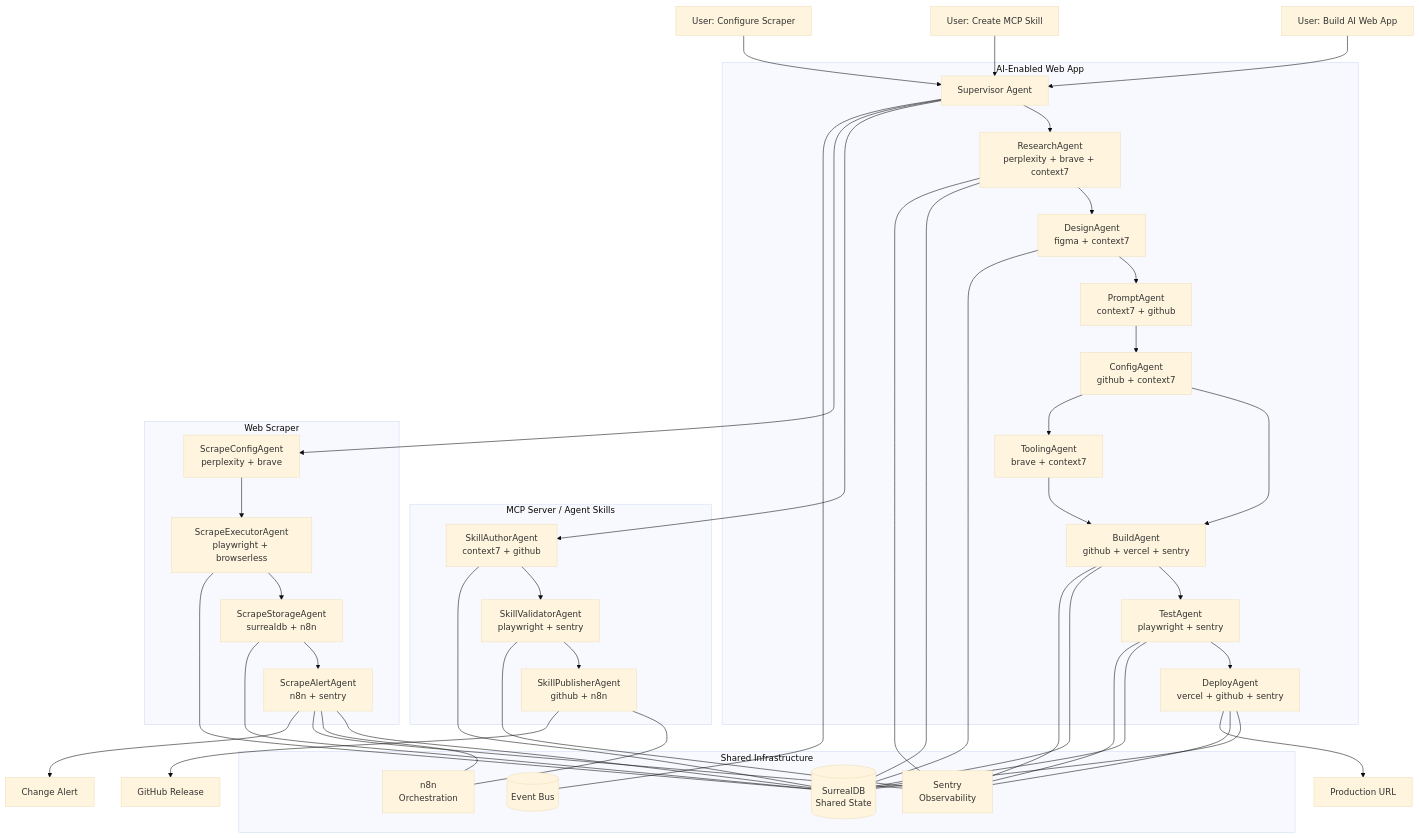
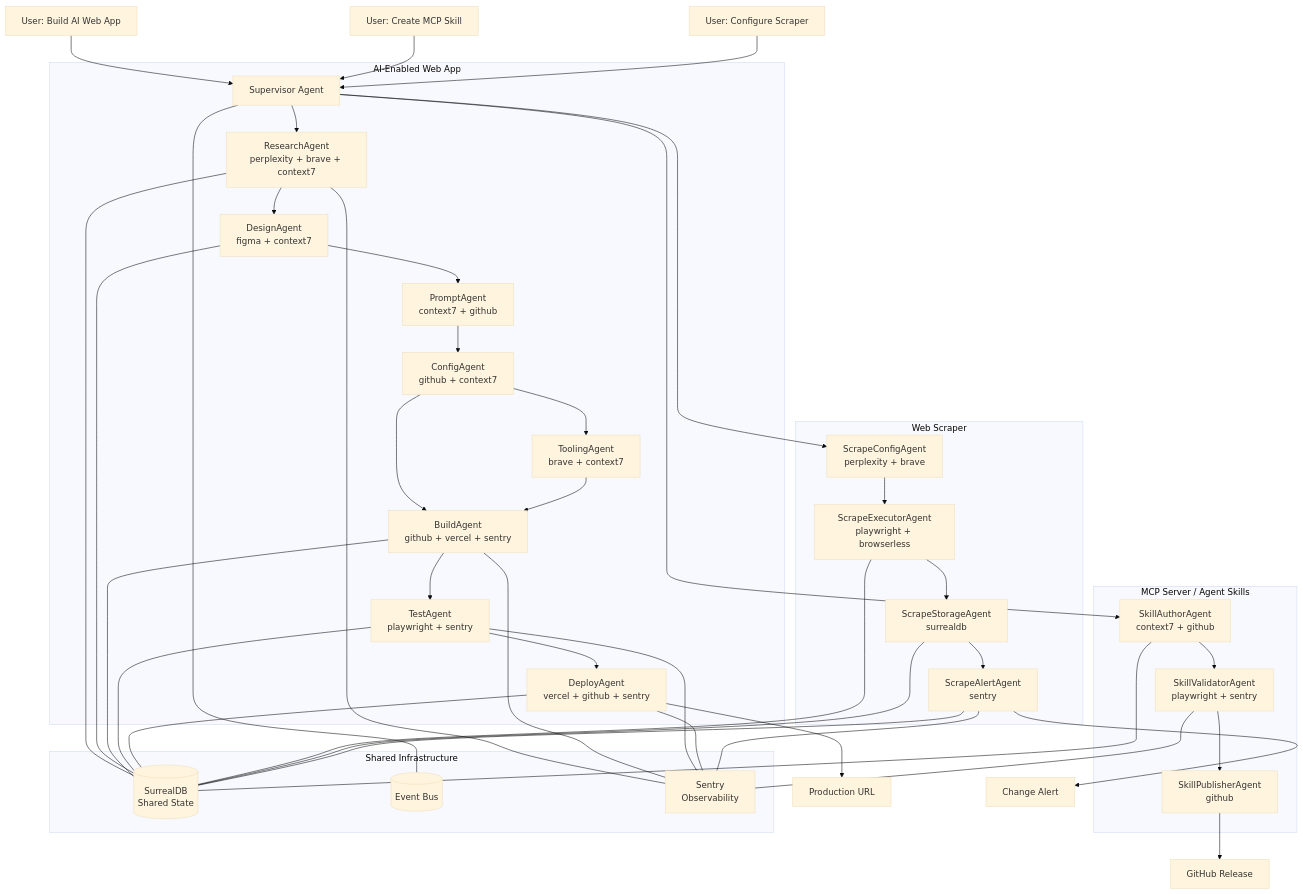
The diagram in docs/architecture/workflow-dag.mermaid (simonmak-ascent/opencode-workbench), drawn with Mermaid (base theme) before and after one commit. The commit also changed 69 other files, not shown here.

```diff
--- a/docs/architecture/workflow-dag.mermaid
+++ b/docs/architecture/workflow-dag.mermaid
@@ -41,7 +41,7 @@
     subgraph "MCP Server / Agent Skills"
         SA["SkillAuthorAgent<br/>context7 + github"]
         SV["SkillValidatorAgent<br/>playwright + sentry"]
-        SP["SkillPublisherAgent<br/>github + n8n"]
+        SP["SkillPublisherAgent<br/>github"]
 
         SUP --> SA
         SA --> SV
@@ -52,8 +52,8 @@
     subgraph "Web Scraper"
         SC["ScrapeConfigAgent<br/>perplexity + brave"]
         SE["ScrapeExecutorAgent<br/>playwright + browserless"]
-        SS["ScrapeStorageAgent<br/>surrealdb + n8n"]
-        SAL["ScrapeAlertAgent<br/>n8n + sentry"]
+        SS["ScrapeStorageAgent<br/>surrealdb"]
+        SAL["ScrapeAlertAgent<br/>sentry"]
 
         SUP --> SC
         SC --> SE
@@ -65,7 +65,6 @@
     subgraph "Shared Infrastructure"
         DB[("SurrealDB<br/>Shared State")]
         EVENTS[("Event Bus")]
-        N8N["n8n<br/>Orchestration"]
         SENTRY["Sentry<br/>Observability"]
     end
 
@@ -80,8 +79,6 @@
     SAL --- DB
 
     SUP --- EVENTS
-    SAL --- N8N
-    SP --- N8N
 
     R --- SENTRY
     B --- SENTRY
```
